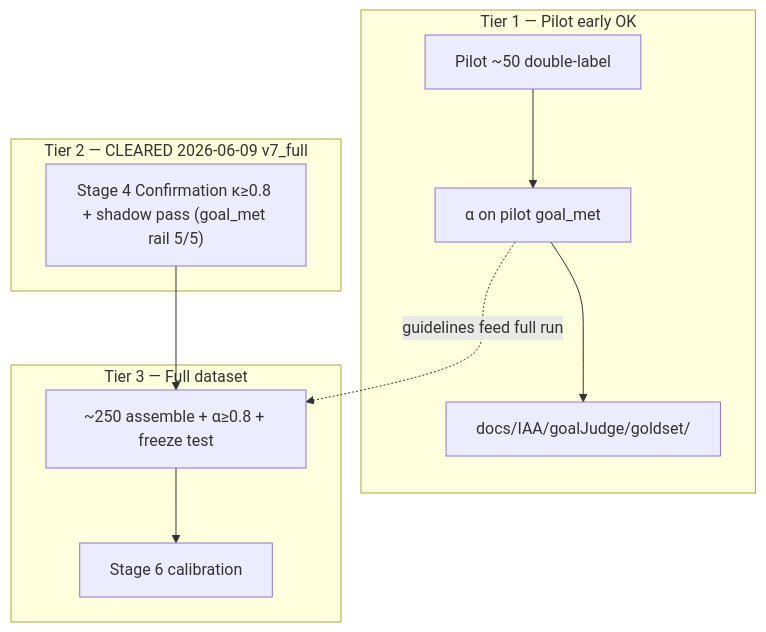
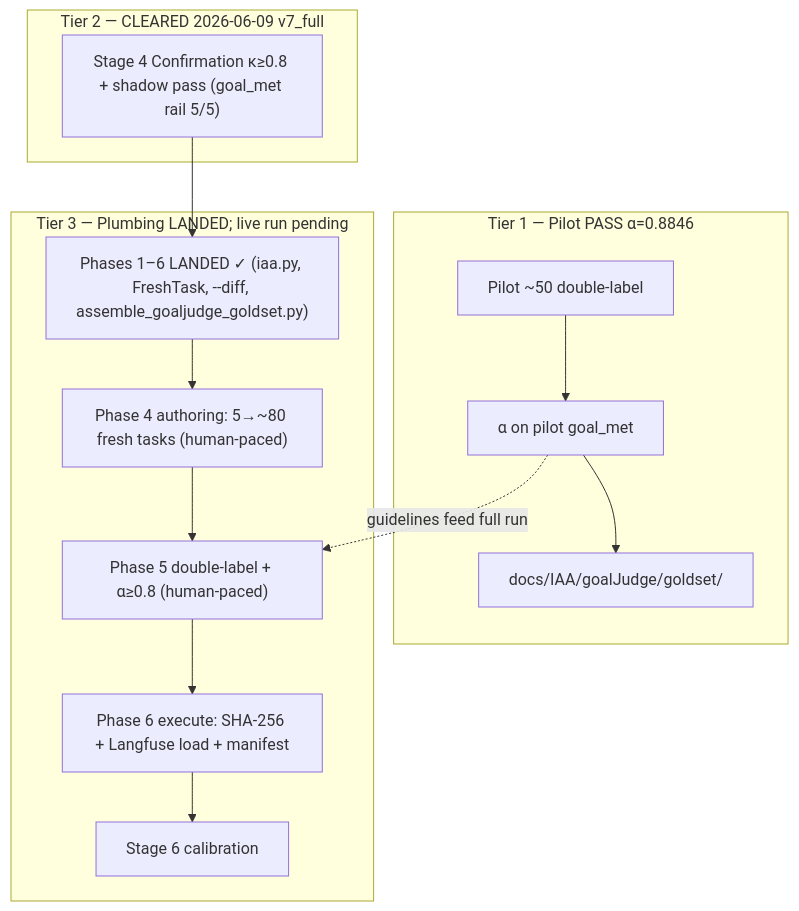
One commit to rajnishkhatri/AgentsFramework changed the second of 2 diagrams in docs/plans/goaljudge_stage5_goldset.plan.md. Above: the diagram before and after it, drawn with Mermaid. The commit also changed other lines of this file and 17 other files, not shown here.

First line of the commit message:
feat(goaljudge): land Stage 5 full-set IAA plumbing and assembly tooling

````diff
--- a/docs/plans/goaljudge_stage5_goldset.plan.md
+++ b/docs/plans/goaljudge_stage5_goldset.plan.md
@@ -137,18 +136,21 @@
 ```mermaid
 flowchart TD
-  subgraph tier1 [Tier 1 — Pilot early OK]
+  subgraph tier1 [Tier 1 — Pilot PASS α=0.8846]
     Pilot50["Pilot ~50 double-label"]
     AlphaPilot["α on pilot goal_met"]
     IAAReports["docs/IAA/goalJudge/goldset/"]
   end
   subgraph tier2 [Tier 2 — CLEARED 2026-06-09 v7_full]
     S4Conf["Stage 4 Confirmation κ≥0.8 + shadow pass (goal_met rail 5/5)"]
   end
-  subgraph tier3 [Tier 3 — Full dataset]
-    Full250["~250 assemble + α≥0.8 + freeze test"]
+  subgraph tier3 [Tier 3 — Plumbing LANDED; live run pending]
+    Plumbing["Phases 1–6 LANDED ✓ (iaa.py, FreshTask, --diff, assemble_goaljudge_goldset.py)"]
+    Authoring["Phase 4 authoring: 5→~80 fresh tasks (human-paced)"]
+    Labeling["Phase 5 double-label + α≥0.8 (human-paced)"]
+    Freeze["Phase 6 execute: SHA-256 + Langfuse load + manifest"]
     S6["Stage 6 calibration"]
   end
   Pilot50 --> AlphaPilot --> IAAReports
-  S4Conf --> Full250 --> S6
-  AlphaPilot -. "guidelines feed full run" .-> Full250
+  S4Conf --> Plumbing --> Authoring --> Labeling --> Freeze --> S6
+  AlphaPilot -. "guidelines feed full run" .-> Labeling
 ```
````
